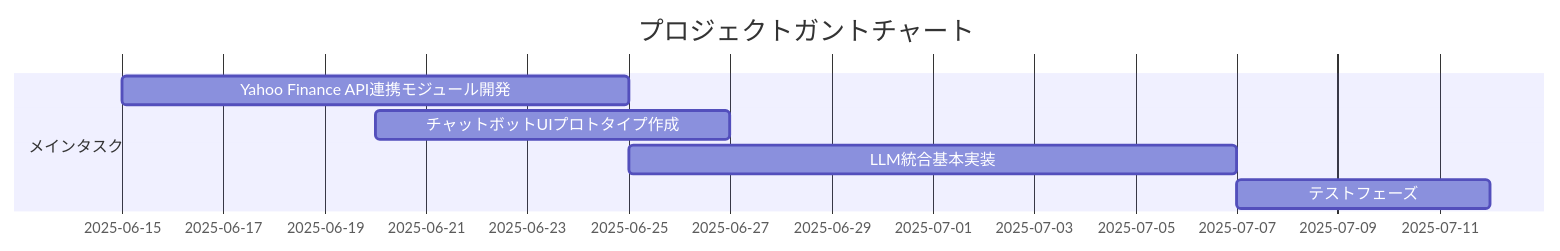
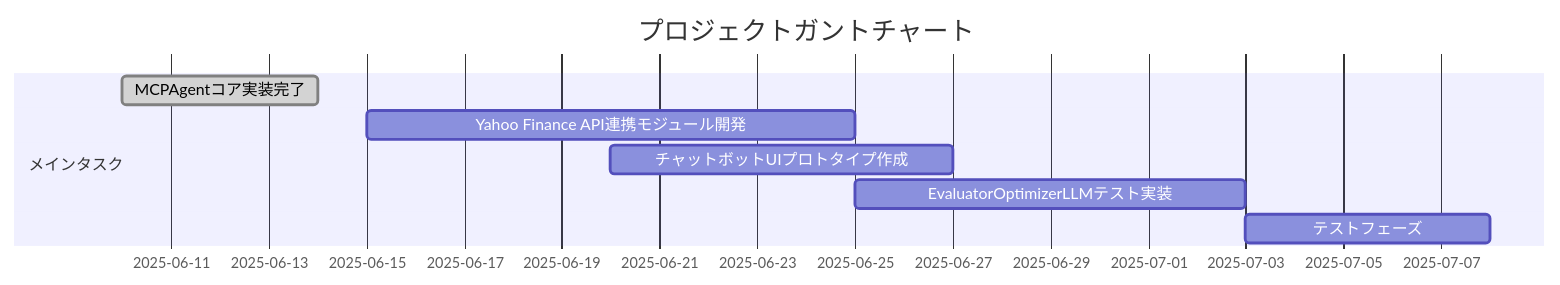
One commit to tofumiyoshi/stock_investment_assistant changed the diagram in memory-bank/progress.md. Above: the diagram before and after it, drawn with Mermaid. The commit also changed other lines of this file and 42 other files, not shown here.

````diff
--- a/memory-bank/progress.md
+++ b/memory-bank/progress.md
@@ -3,10 +3,11 @@
 ```mermaid
 gantt
     title プロジェクトガントチャート
     dateFormat  YYYY-MM-DD
     section メインタスク
+    MCPAgentコア実装完了                   :done, 2025-06-10, 2025-06-14
     Yahoo Finance API連携モジュール開発     :a1, 2025-06-15, 10d
     チャットボットUIプロトタイプ作成        :a2, 2025-06-20, 7d
-    LLM統合基本実装                         :a3, after a1, 12d
+    EvaluatorOptimizerLLMテスト実装        :a3, after a1, 8d
     テストフェーズ                          :a4, after a3, 5d
 ```
````
